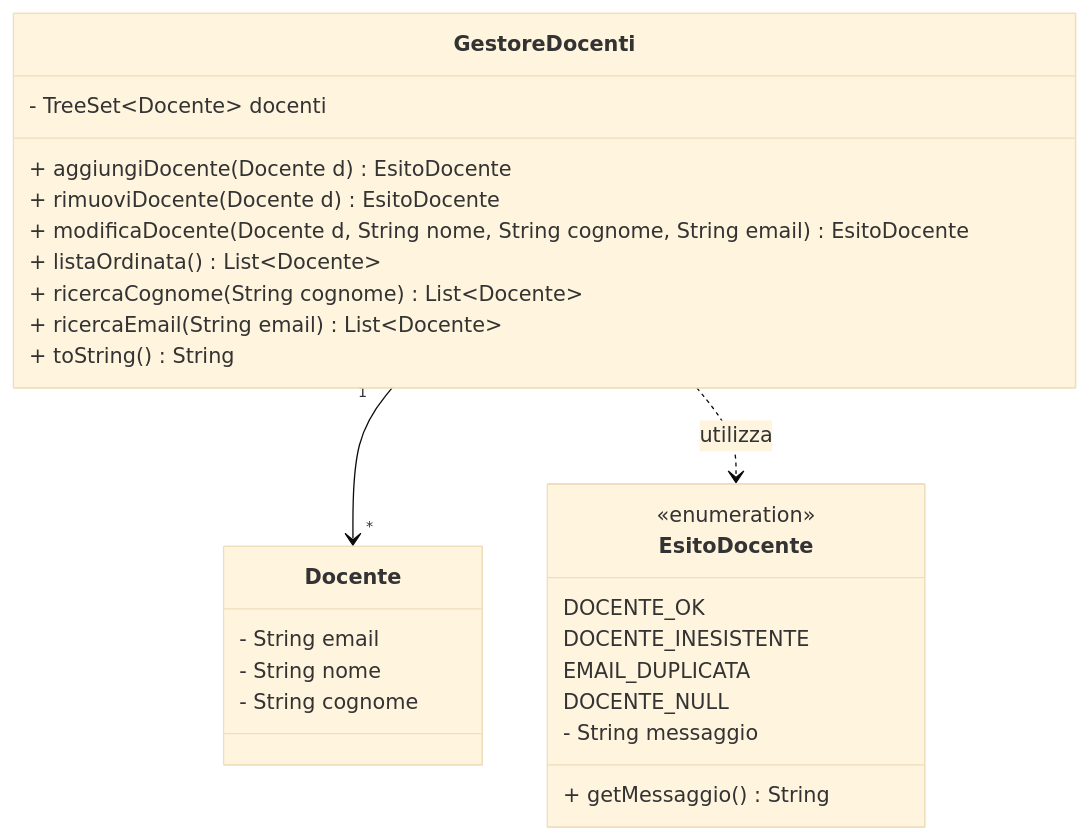
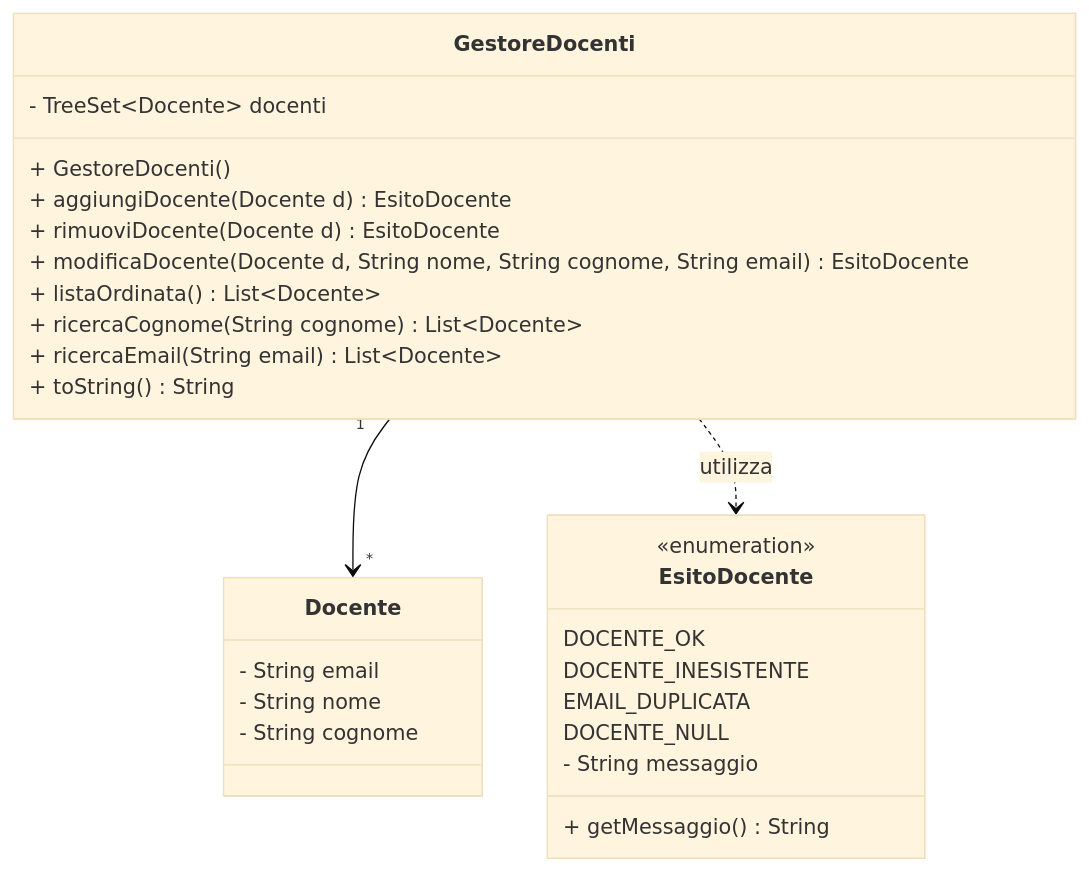
The diagram in diagrams/gestoreDocentiClass.md (gcarbone48/PrenotazioneAule5), drawn with Mermaid (base theme) before and after one commit. The commit also changed 4 other files, not shown here.

Commit message:
FIX: rimosso tipo di ritorno dai costruttori FEAT: aggiunto costruttore mancante alla classe gestoreDocenti

````diff
--- a/diagrams/gestoreDocentiClass.md
+++ b/diagrams/gestoreDocentiClass.md
@@ -1,46 +1,47 @@
 ```mermaid
 classDiagram
     class Docente{
         - String email
         %% univoca      
         - String nome
         - String cognome
     }
 
     class EsitoDocente{
         <<enumeration>>
         %%esito corretto
         DOCENTE_OK
         %%restituita se il docente passato non esiste
         DOCENTE_INESISTENTE
         %%restituita se la mail è già associata ad un altro docente
         EMAIL_DUPLICATA
         %%restituita se il docente passato è null
         DOCENTE_NULL
         - String messaggio
         + getMessaggio() String
     }
 
     class GestoreDocenti{
         - TreeSet~Docente~ docenti
+        + GestoreDocenti()
         %%restituisce l'esito dell'operazione
         + aggiungiDocente(Docente d) EsitoDocente
         %%restituisce l'esito della prenotazione
         + rimuoviDocente (Docente d) EsitoDocente
         %%restituisce l'esito dell'operazione
         + modificaDocente (Docente d, String nome, String cognome, String email) EsitoDocente
         %%restituisce una lista ordinata contenente i docenti
         + listaOrdinata () List~Docente~
         %%restituisce una lista ordinata di docenti il cui cognome 
         %%contiene la stringa passata
         + ricercaCognome (String cognome) List~Docente~
         %%restituisce una lista ordinata di docenti la cui mail 
         %%contiene la stringa passata
         + ricercaEmail (String email) List~Docente~
 
         + toString() String
     }
 
     GestoreDocenti "1" --> "*" Docente
     GestoreDocenti ..> EsitoDocente : utilizza
 ```
````
